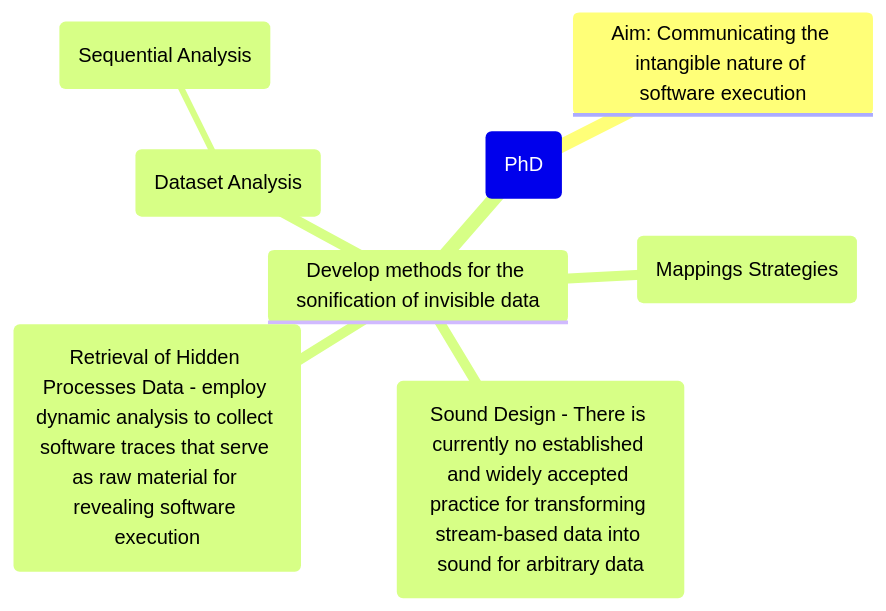
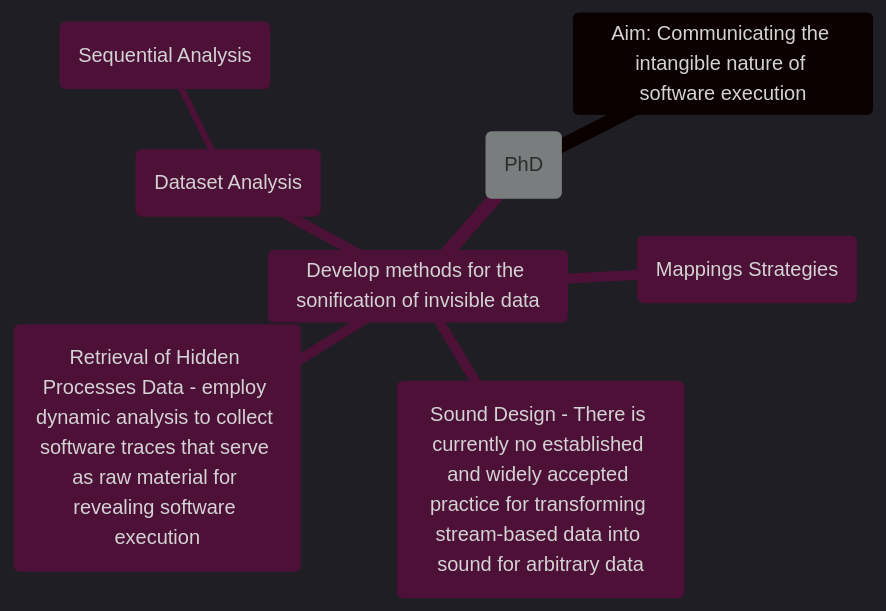
The fourth of 6 diagrams in src/site/notes/Tools for database and software analysis.md (mauriziobrt/phd-digitalgarden), drawn with Mermaid before and after one commit. The commit also changed other lines of this file and 1 other file, not shown here.

````diff
--- a/src/site/notes/Tools for database and software analysis.md
+++ b/src/site/notes/Tools for database and software analysis.md
@@ -197,15 +146,12 @@
-```Mermaid
-
+```mermaid
+%%{init: {'theme':'dark'}}%%
 mindmap
   root(PhD)
 	  Aim: Communicating the intangible nature of software execution
 	  Develop methods for the sonification of invisible data
 		  (Mappings Strategies)
 		  (Sound Design - There is currently no established and widely accepted practice for transforming stream-based data into sound for arbitrary data)
 		  (Retrieval of Hidden Processes Data - employ dynamic analysis to collect software traces that serve as raw material for revealing software execution)
 		  (Dataset Analysis)
 			  (Sequential Analysis)
-		
-    
-
 ```
````
